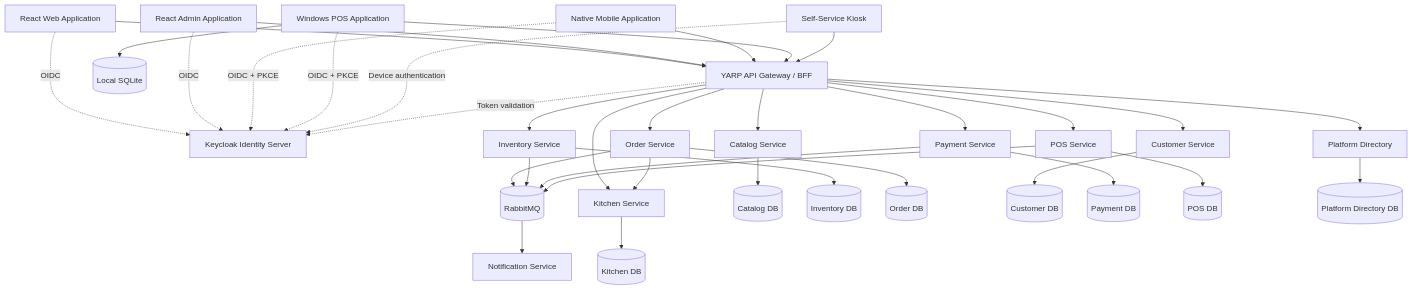
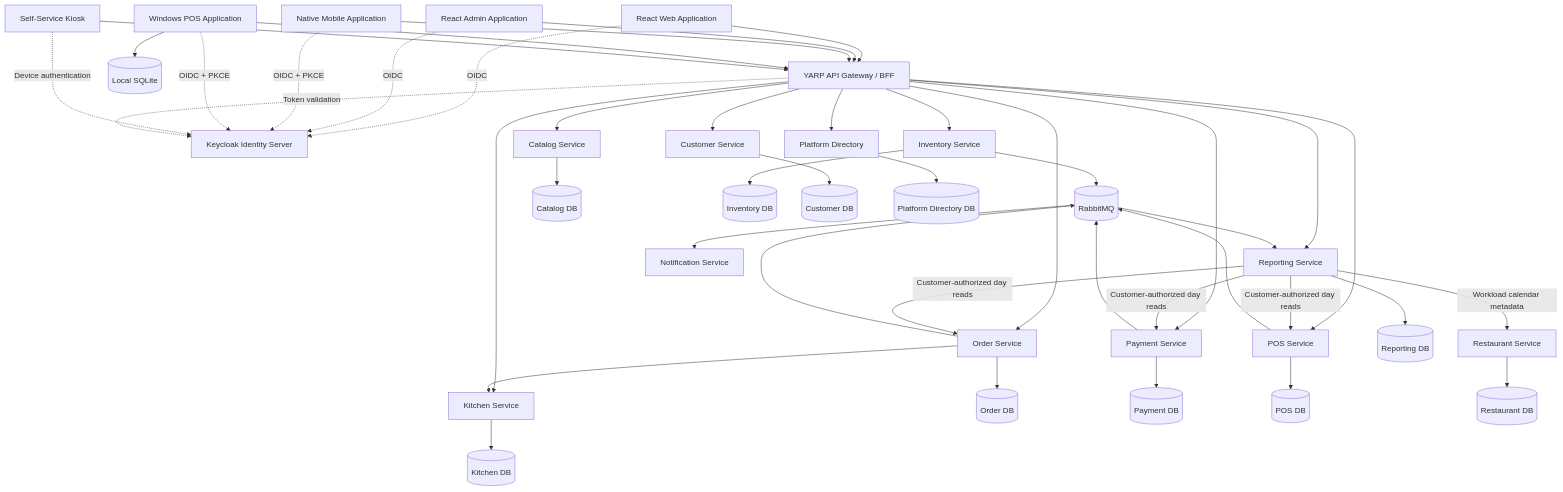
The diagram in docs/Architecture/Project-Architecture.md (nexaconnect12-lab/nexa-connect), drawn with Mermaid before and after one commit. The commit also changed other lines of this file and 71 other files, not shown here.

Commit message:
+Added: Customer Portal → End-of-day draft with branch-local dates, sales/refund/net totals, tenders, cash variance, unresolved work and reconciliation warnings.

````diff
--- a/docs/Architecture/Project-Architecture.md
+++ b/docs/Architecture/Project-Architecture.md
@@ -96,50 +98,58 @@
 ```mermaid
 flowchart TB
     KC[Keycloak Identity Server]
     WEB[React Web Application]
     ADMIN[React Admin Application]
     MOBILE[Native Mobile Application]
     POS[Windows POS Application]
     KIOSK[Self-Service Kiosk]
     GW[YARP API Gateway / BFF]
 
     WEB --> GW
     ADMIN --> GW
     MOBILE --> GW
     POS --> GW
     KIOSK --> GW
 
     WEB -. OIDC .-> KC
     ADMIN -. OIDC .-> KC
     MOBILE -. OIDC + PKCE .-> KC
     POS -. OIDC + PKCE .-> KC
     KIOSK -. Device authentication .-> KC
     GW -. Token validation .-> KC
 
     GW --> CATALOG[Catalog Service]
     GW --> INVENTORY[Inventory Service]
     GW --> ORDER[Order Service]
     GW --> CUSTOMER[Customer Service]
     GW --> PAYMENT[Payment Service]
     GW --> KITCHEN[Kitchen Service]
     GW --> POSSVC[POS Service]
     GW --> DIRECTORY[Platform Directory]
+    GW --> REPORTING[Reporting Service]
+    REPORTING -->|Customer-authorized day reads| ORDER
+    REPORTING -->|Customer-authorized day reads| PAYMENT
+    REPORTING -->|Customer-authorized day reads| POSSVC
+    REPORTING -->|Workload calendar metadata| RESTAURANT[Restaurant Service]
 
     ORDER --> BUS[(RabbitMQ)]
     ORDER --> KITCHEN
     INVENTORY --> BUS
     PAYMENT --> BUS
     POSSVC --> BUS
     BUS --> NOTIFY[Notification Service]
+    BUS --> REPORTING
 
     CATALOG --> CATALOGDB[(Catalog DB)]
     INVENTORY --> INVENTORYDB[(Inventory DB)]
     ORDER --> ORDERDB[(Order DB)]
     CUSTOMER --> CUSTOMERDB[(Customer DB)]
     PAYMENT --> PAYMENTDB[(Payment DB)]
     KITCHEN --> KITCHENDB[(Kitchen DB)]
     POSSVC --> POSDB[(POS DB)]
     DIRECTORY --> DIRECTORYDB[(Platform Directory DB)]
+    REPORTING --> REPORTINGDB[(Reporting DB)]
+    RESTAURANT --> RESTAURANTDB[(Restaurant DB)]
 
     POS --> SQLITE[(Local SQLite)]
 ```
````
